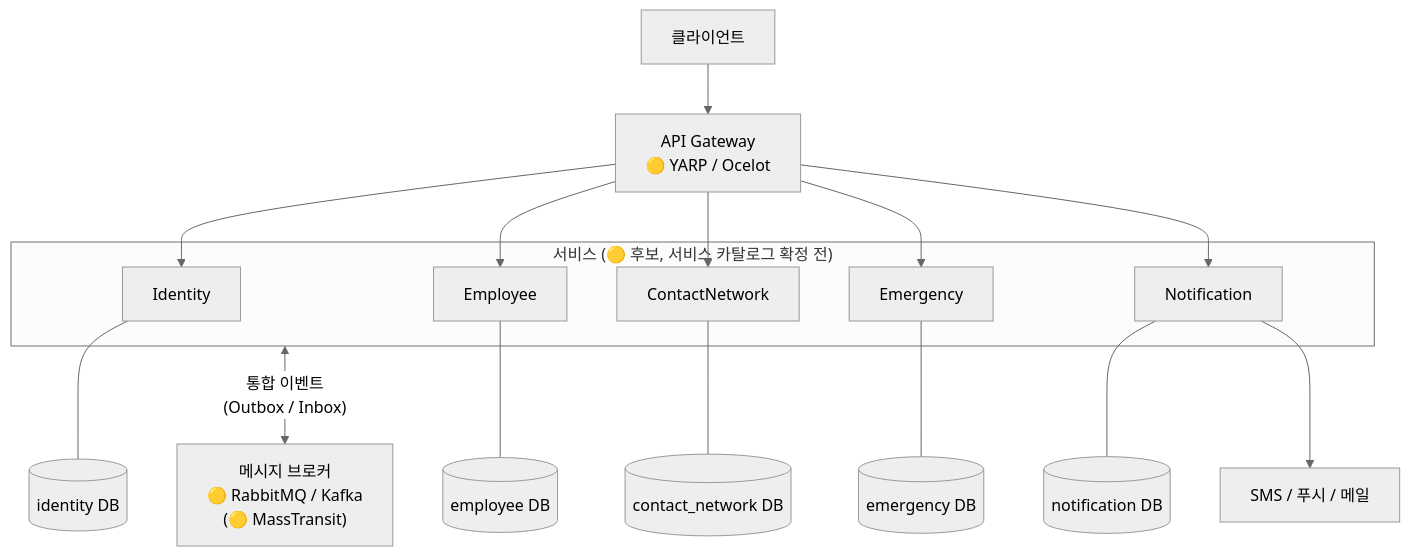
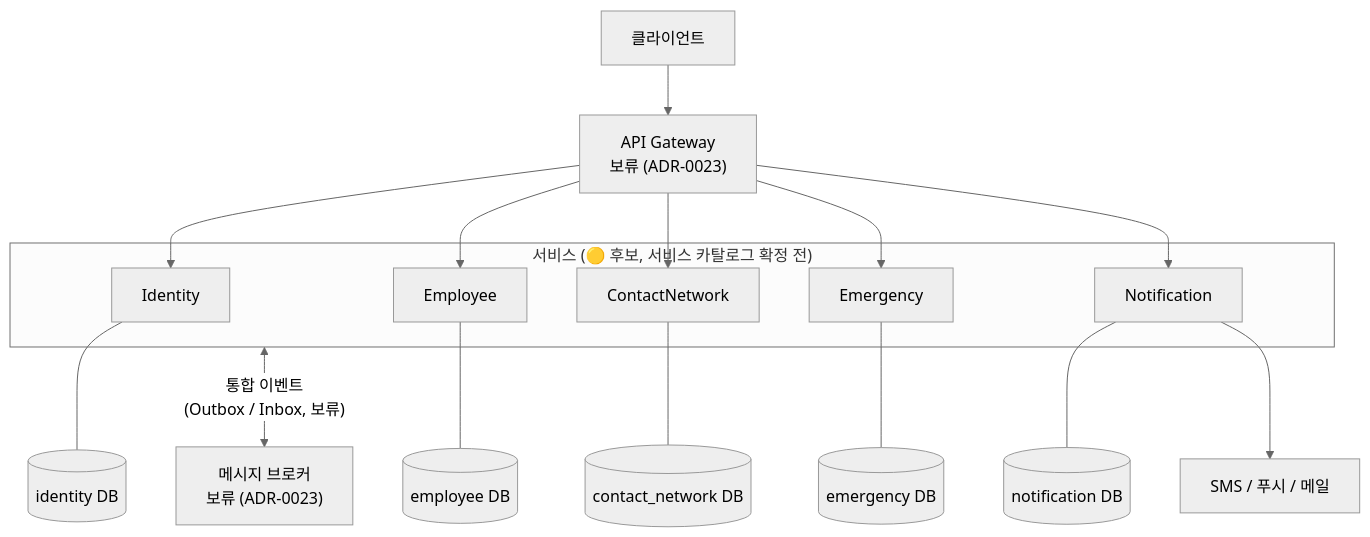
The second of 4 diagrams in wiki/03-architecture/architecture-overview.md (thkim-ezabele/task_20260926), drawn with Mermaid (neutral theme) before and after one commit. The commit also changed other lines of this file and 9 other files, not shown here.

First line of the commit message:
docs(architecture): 저장소 구조 실경로화, 의존성 규칙 표 · 아키텍처 테스트 규칙 1:1, 커버리지 대상 6개, 보류 항목 ADR-0023 링크 (S04-T02)

````diff
--- a/wiki/03-architecture/architecture-overview.md
+++ b/wiki/03-architecture/architecture-overview.md
@@ -37,23 +37,23 @@
 ```mermaid
 flowchart TB
-    Client["클라이언트"] --> GW["API Gateway<br/>🟡 YARP / Ocelot"]
+    Client["클라이언트"] --> GW["API Gateway<br/>보류 (ADR-0023)"]
 
     subgraph Services["서비스 (🟡 후보, 서비스 카탈로그 확정 전)"]
         ID["Identity"]
         EMP["Employee"]
         CN["ContactNetwork"]
         EMG["Emergency"]
         NOTI["Notification"]
     end
 
     GW --> ID & EMP & CN & EMG & NOTI
 
     ID --- DB1[("identity DB")]
     EMP --- DB2[("employee DB")]
     CN --- DB3[("contact_network DB")]
     EMG --- DB4[("emergency DB")]
     NOTI --- DB5[("notification DB")]
 
-    Services <-->|"통합 이벤트<br/>(Outbox / Inbox)"| MQ["메시지 브로커<br/>🟡 RabbitMQ / Kafka<br/>(🟡 MassTransit)"]
+    Services <-->|"통합 이벤트<br/>(Outbox / Inbox, 보류)"| MQ["메시지 브로커<br/>보류 (ADR-0023)"]
     NOTI --> EXT["SMS / 푸시 / 메일"]
 ```
````
